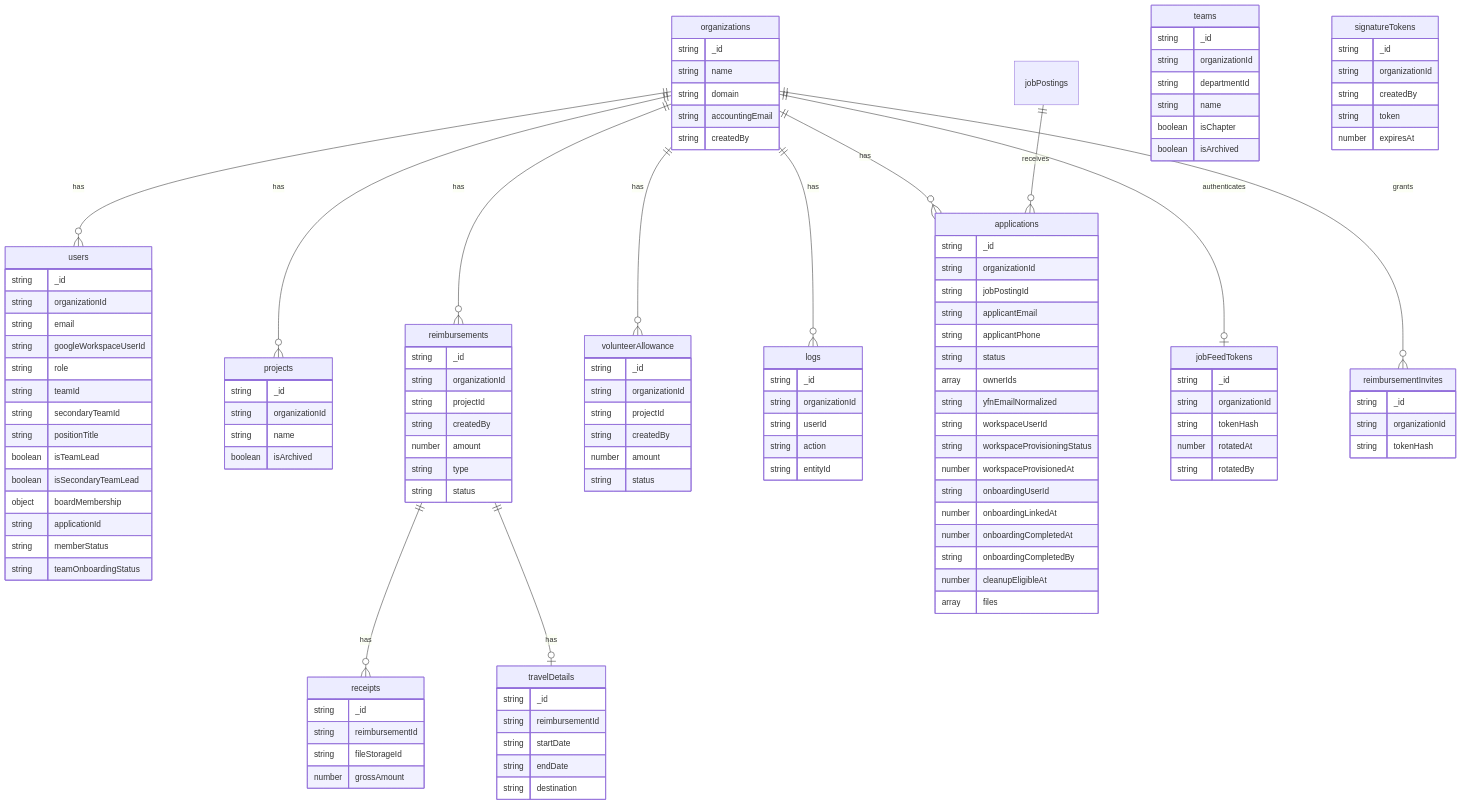
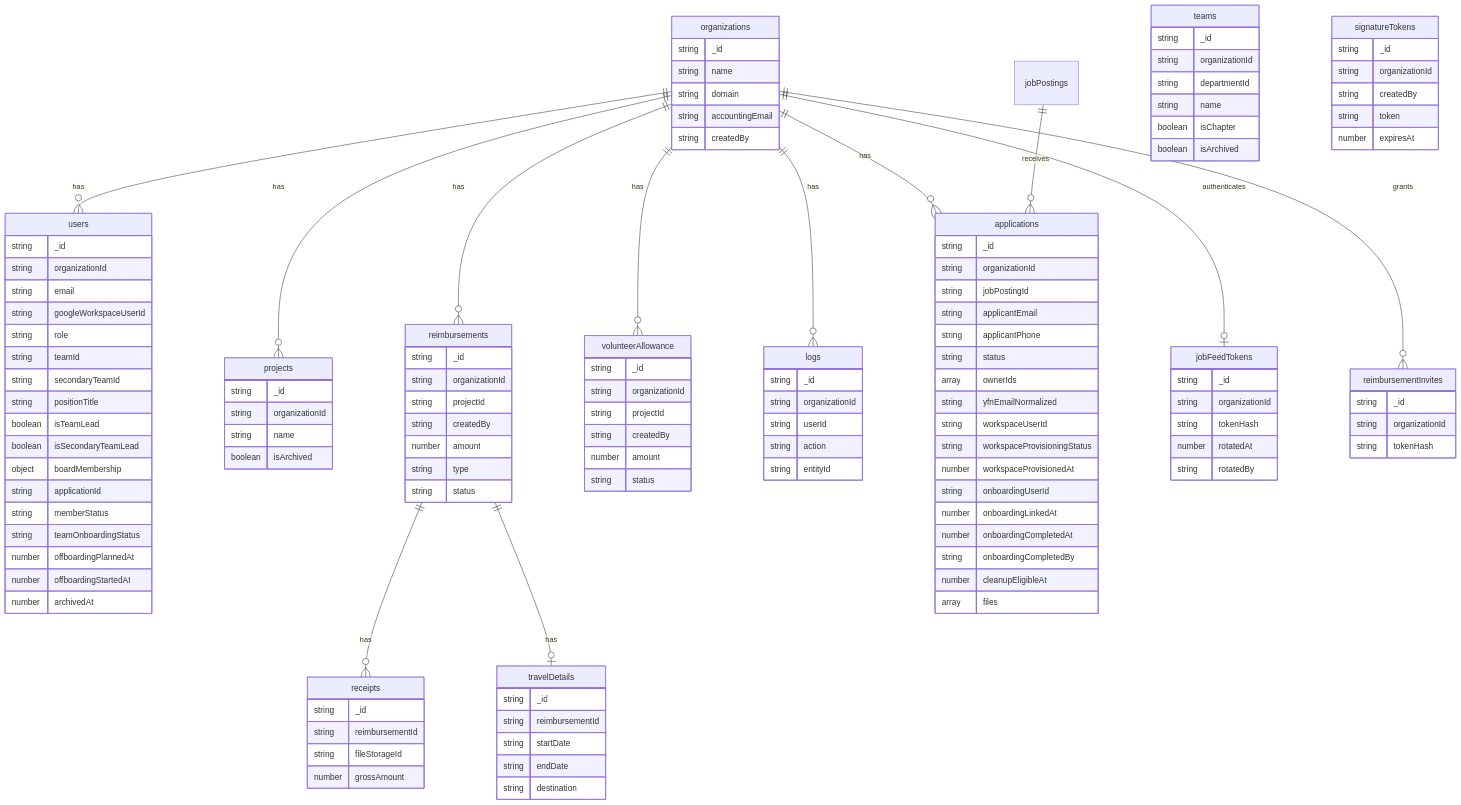
One commit to yfndev/ybase changed the diagram in docs/schema.md. Above: the diagram before and after it, drawn with Mermaid. The commit also changed 36 other files, not shown here.

```diff
--- a/docs/schema.md
+++ b/docs/schema.md
@@ -55,6 +55,9 @@
         string applicationId
         string memberStatus
         string teamOnboardingStatus
+        number offboardingPlannedAt
+        number offboardingStartedAt
+        number archivedAt
     }
 
     teams {
```
